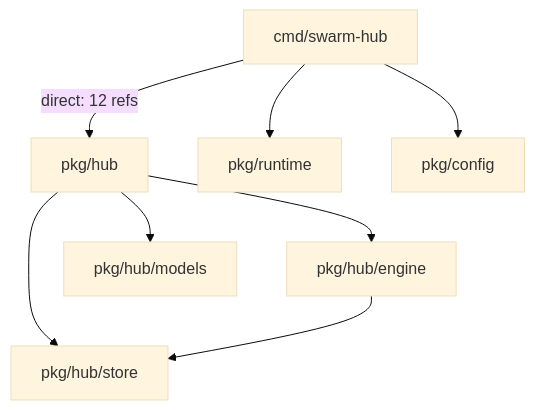
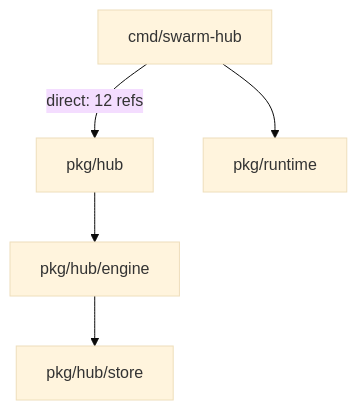
One commit to yaleh/archguard changed the first of 3 diagrams in docs/refactoring/proposals/16-go-architecture-atlas.md. Above: the diagram before and after it, drawn with Mermaid (base theme). The commit also changed other lines of this file and 2 other files, not shown here.

First line of the commit message:
docs(go-atlas): update proposal to v4.0 with architectural refinements

````diff
--- a/docs/refactoring/proposals/16-go-architecture-atlas.md
+++ b/docs/refactoring/proposals/16-go-architecture-atlas.md
@@ -1579,22 +1639,13 @@
 ```mermaid
 graph TD
     cmd_swarm_hub["cmd/swarm-hub"]
     pkg_hub["pkg/hub"]
     pkg_hub_engine["pkg/hub/engine"]
     pkg_hub_store["pkg/hub/store"]
-    pkg_hub_models["pkg/hub/models"]
     pkg_runtime["pkg/runtime"]
-    pkg_config["pkg/config"]
 
     cmd_swarm_hub -->|"direct: 12 refs"| pkg_hub
     cmd_swarm_hub --> pkg_runtime
-    cmd_swarm_hub --> pkg_config
-
     pkg_hub --> pkg_hub_engine
-    pkg_hub --> pkg_hub_store
-    pkg_hub --> pkg_hub_models
-
     pkg_hub_engine --> pkg_hub_store
-
-    %% ⚠️ 循环依赖检测: pkg/hub → pkg/runtime → pkg/hub
 ```
````
